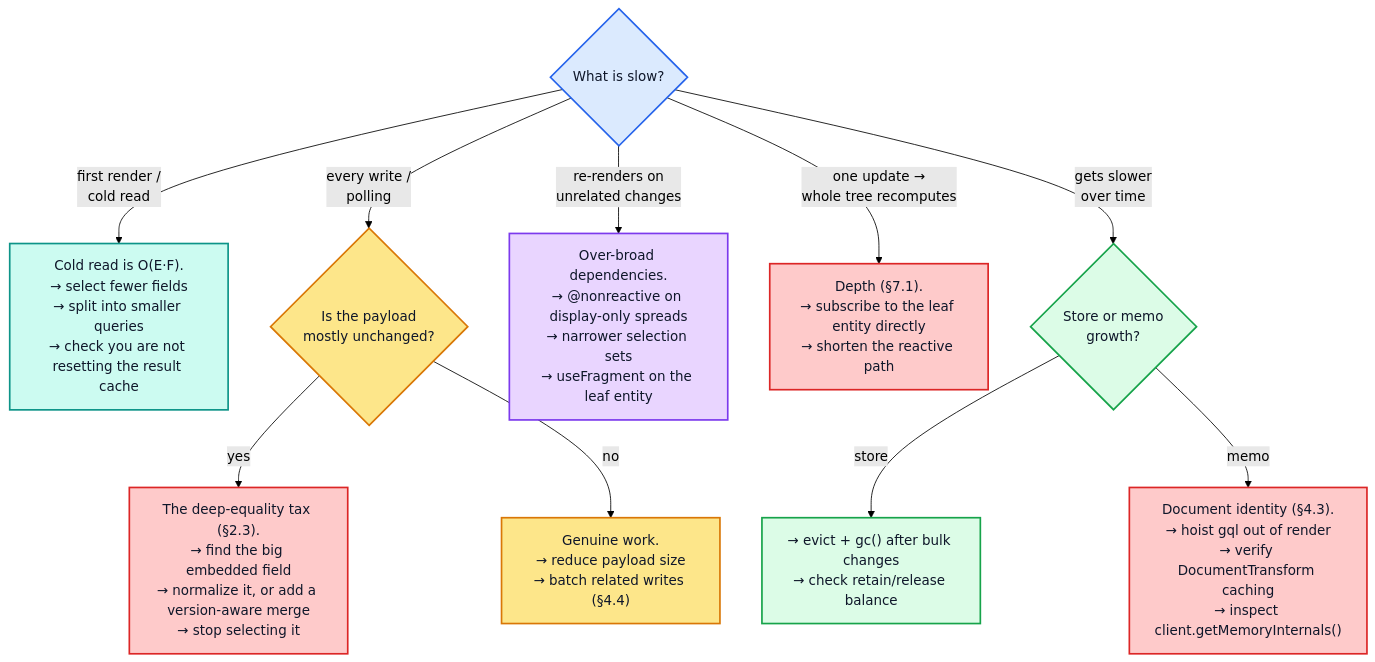
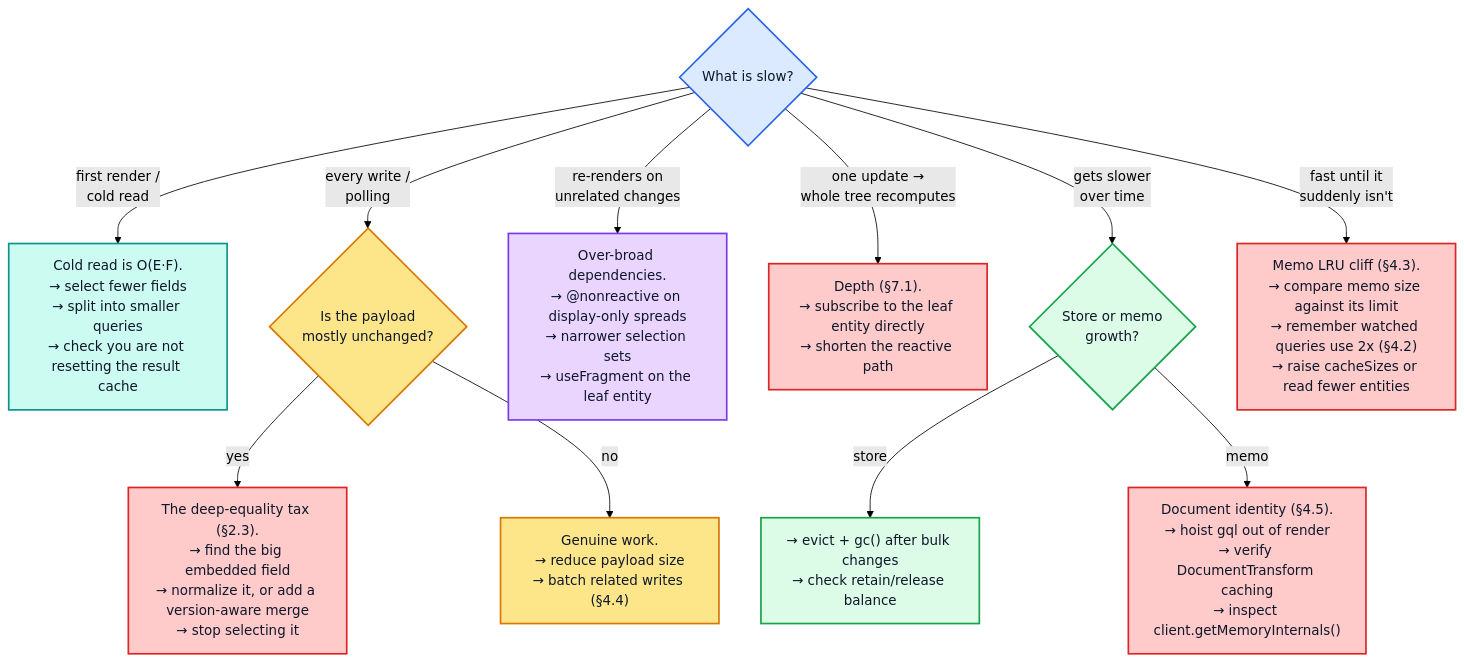
Diagram 14 of 14 in docs/apollo-client-inmemory-cache-performance.md (convict-git/fast-gql-cache-rs), drawn with Mermaid (forest theme) before and after one commit. The commit also changed other lines of this file and 2 other files, not shown here.

First line of the commit message:
docs(cache): correct canonicalStringify, supportsResultCaching and evict claims

````diff
--- a/docs/apollo-client-inmemory-cache-performance.md
+++ b/docs/apollo-client-inmemory-cache-performance.md
@@ -1080,21 +1237,22 @@
 ```mermaid
 flowchart TB
     START{"What is slow?"}:::api
 
     START -->|"first render /<br/>cold read"| COLD["Cold read is O(E·F).<br/>→ select fewer fields<br/>→ split into smaller queries<br/>→ check you are not resetting the result cache"]:::read
     START -->|"every write /<br/>polling"| WRITE{"Is the payload<br/>mostly unchanged?"}:::write
     WRITE -->|yes| BLOB["The deep-equality tax (§2.3).<br/>→ find the big embedded field<br/>→ normalize it, or add a version-aware merge<br/>→ stop selecting it"]:::dirty
     WRITE -->|no| REAL["Genuine work.<br/>→ reduce payload size<br/>→ batch related writes (§4.4)"]:::write
     START -->|"re-renders on<br/>unrelated changes"| REND["Over-broad dependencies.<br/>→ @nonreactive on display-only spreads<br/>→ narrower selection sets<br/>→ useFragment on the leaf entity"]:::memo
     START -->|"one update →<br/>whole tree recomputes"| DEEP["Depth (§7.1).<br/>→ subscribe to the leaf entity directly<br/>→ shorten the reactive path"]:::dirty
     START -->|"gets slower<br/>over time"| GROW{"Store or memo<br/>growth?"}:::store
     GROW -->|store| GC["→ evict + gc() after bulk changes<br/>→ check retain/release balance"]:::store
-    GROW -->|memo| DOC["Document identity (§4.3).<br/>→ hoist gql out of render<br/>→ verify DocumentTransform caching<br/>→ inspect client.getMemoryInternals()"]:::dirty
+    GROW -->|memo| DOC["Document identity (§4.5).<br/>→ hoist gql out of render<br/>→ verify DocumentTransform caching<br/>→ inspect client.getMemoryInternals()"]:::dirty
+    START -->|"fast until it<br/>suddenly isn't"| CLIFF["Memo LRU cliff (§4.3).<br/>→ compare memo size against its limit<br/>→ remember watched queries use 2x (§4.2)<br/>→ raise cacheSizes or read fewer entities"]:::dirty
 
     classDef api fill:#dbeafe,stroke:#2563eb,stroke-width:2px,color:#0f172a
     classDef read fill:#ccfbf1,stroke:#0d9488,stroke-width:2px,color:#0f172a
     classDef write fill:#fde68a,stroke:#d97706,stroke-width:2px,color:#0f172a
     classDef store fill:#dcfce7,stroke:#16a34a,stroke-width:2px,color:#0f172a
     classDef memo fill:#e9d5ff,stroke:#7c3aed,stroke-width:2px,color:#0f172a
     classDef dirty fill:#fecaca,stroke:#dc2626,stroke-width:2px,color:#0f172a
 ```
````
